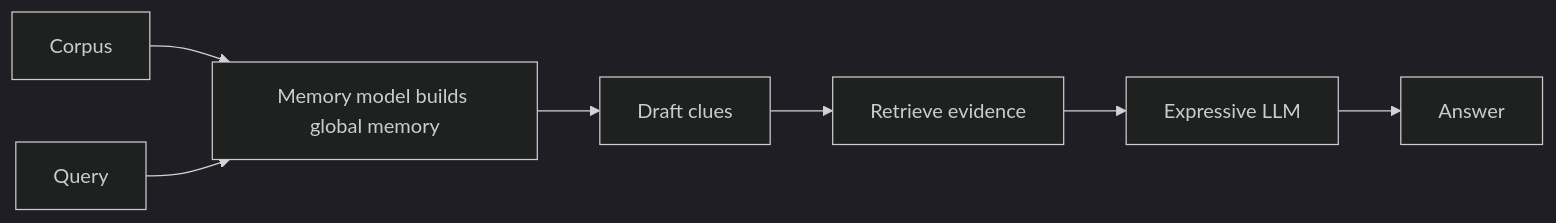
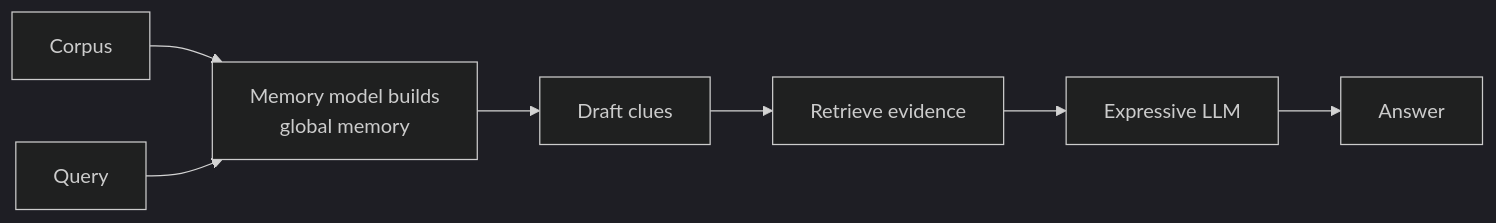
One commit to ajay-nikumbh/RAG-From-Basics-to-Production changed the diagram in 20. Memory RAG/README.md. Above: the diagram before and after it, drawn with Mermaid (dark theme). The commit also changed other lines of this file and 38 other files, not shown here.

First line of the commit message:
Group root README by pattern, widen tables, wrap diagram labels

````diff
--- a/20. Memory RAG/README.md
+++ b/20. Memory RAG/README.md
@@ -24,6 +24,6 @@
 ```mermaid
 flowchart LR
-    D[Corpus] --> M[Memory model builds global memory]
+    D[Corpus] --> M[Memory model builds<br/>global memory]
     Q[Query] --> M --> CL[Draft clues]
     CL --> R[Retrieve evidence] --> L[Expressive LLM] --> A[Answer]
 ```
````
